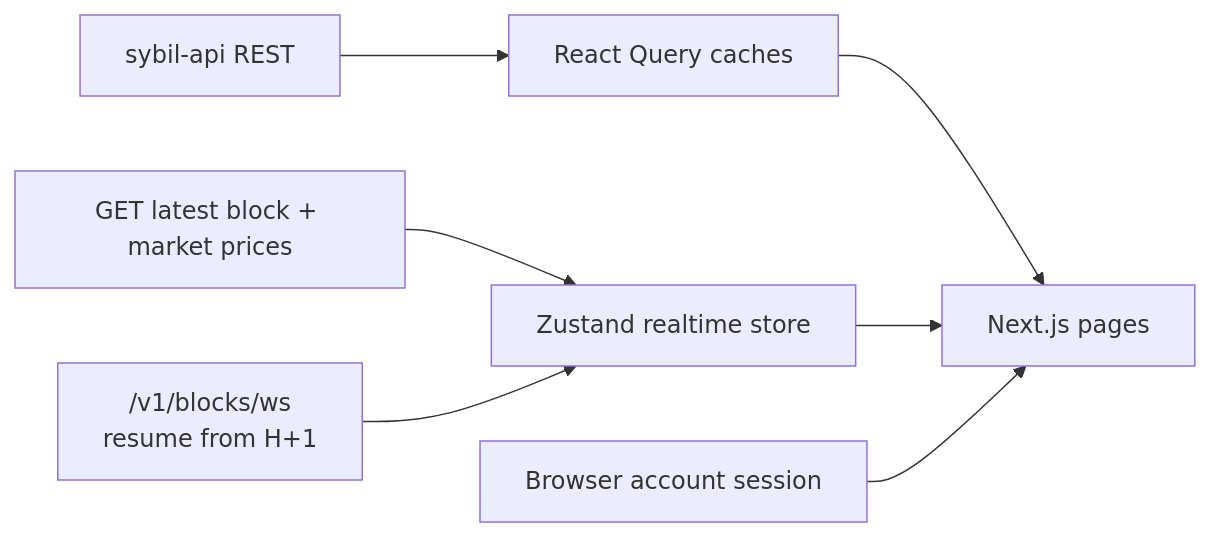
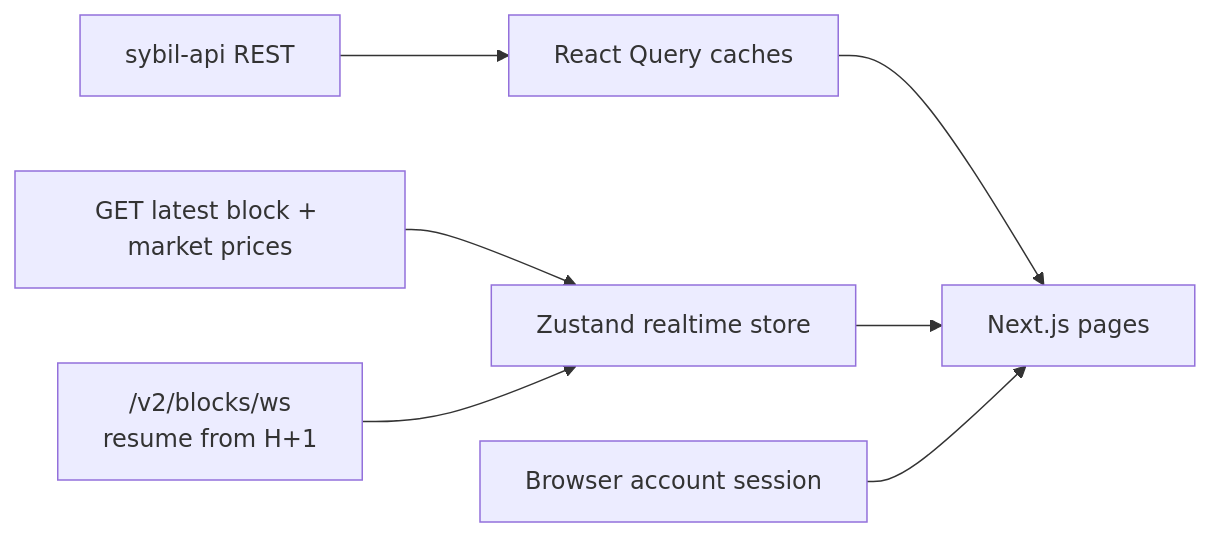
Before and after one commit to MetaB0y/sybil: the diagram in frontend/DATA_MAP.md, drawn with Mermaid. The commit also changed other lines of this file and 168 other files, not shown here.

````diff
--- a/frontend/DATA_MAP.md
+++ b/frontend/DATA_MAP.md
@@ -14,9 +14,9 @@
 ```mermaid
 flowchart LR
     API["sybil-api REST"] --> QUERY["React Query caches"]
     HEAD["GET latest block + market prices"] --> STORE["Zustand realtime store"]
-    WS["/v1/blocks/ws<br/>resume from H+1"] --> STORE
+    WS["/v2/blocks/ws<br/>resume from H+1"] --> STORE
     QUERY --> PAGE["Next.js pages"]
     STORE --> PAGE
     LOCAL["Browser account session"] --> PAGE
 ```
````
